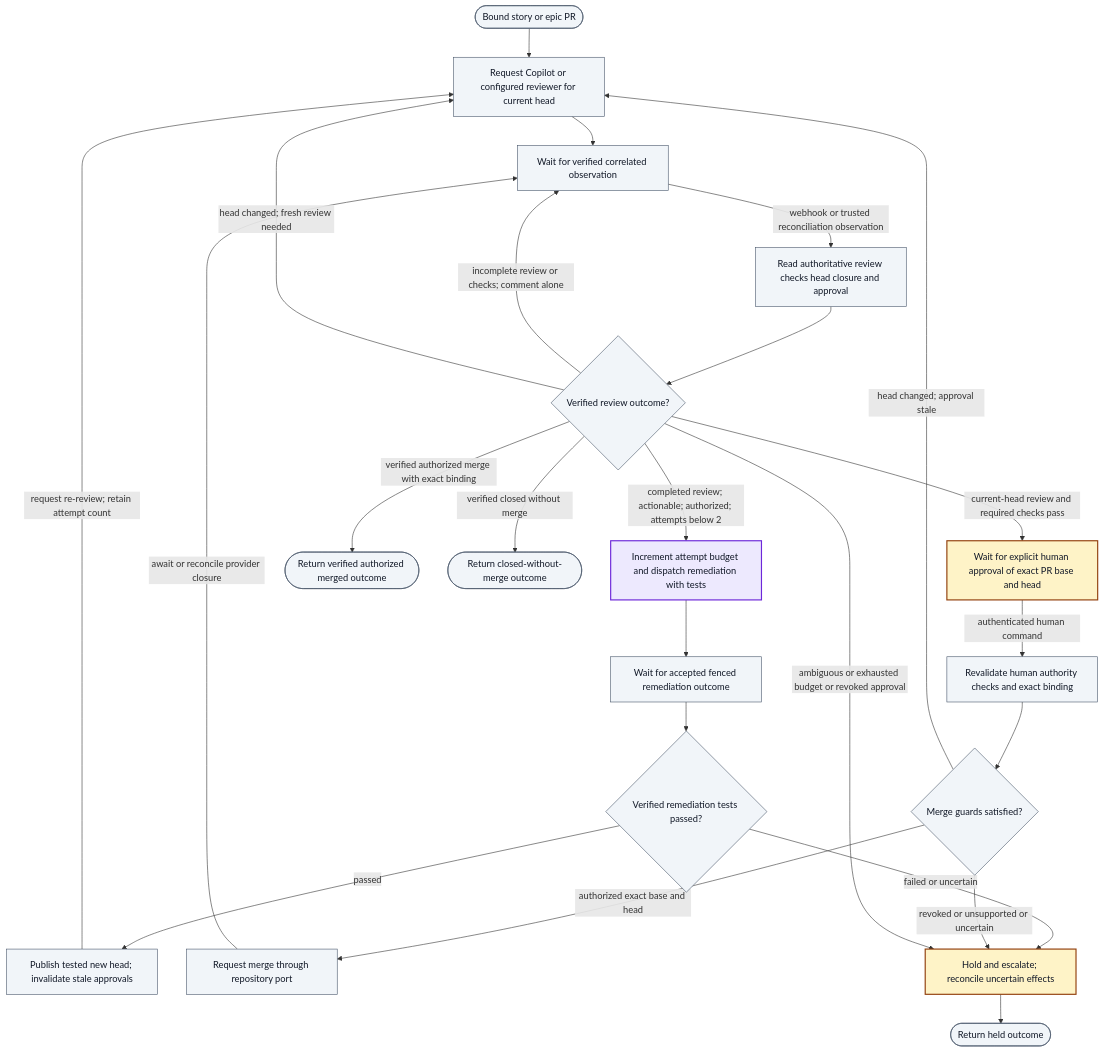
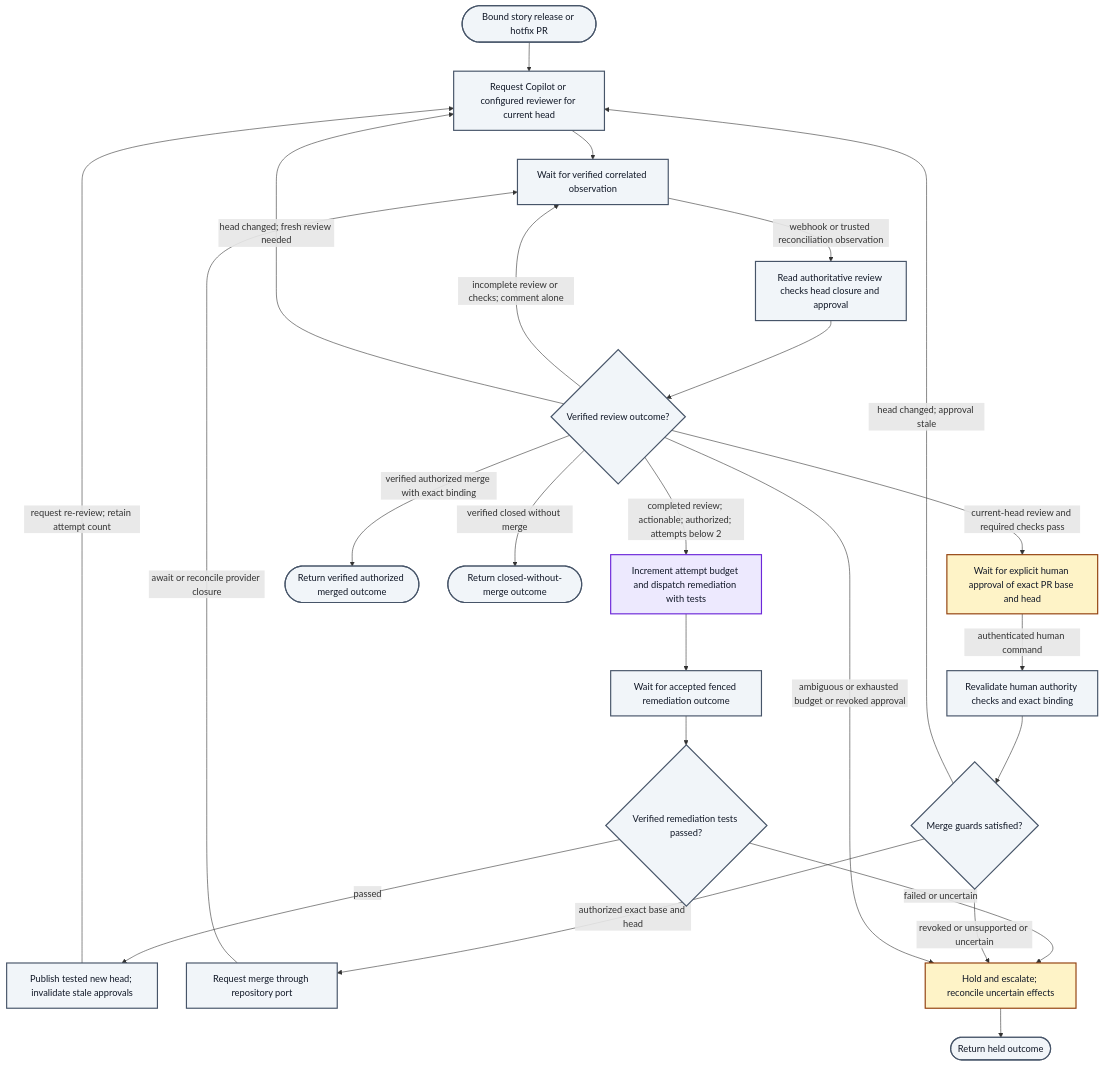
The third of 4 diagrams in docs/architecture/workflow-reference.md (skizzay/forgeflow), drawn with Mermaid before and after one commit. The commit also changed other lines of this file and 7 other files, not shown here.

````diff
--- a/docs/architecture/workflow-reference.md
+++ b/docs/architecture/workflow-reference.md
@@ -145,49 +160,49 @@
 ```mermaid
 flowchart TD
-    reviewStart(["Bound story or epic PR"])
+    reviewStart(["Bound story release or hotfix PR"])
     requestReview["Request Copilot or configured reviewer for current head"]
     awaitReviewEvent["Wait for verified correlated observation"]
     inspectReview["Read authoritative review checks head closure and approval"]
     reviewDecision{"Verified review outcome?"}
     dispatchRemediation["Increment attempt budget and dispatch remediation with tests"]
     awaitRemediation["Wait for accepted fenced remediation outcome"]
     remediationResult{"Verified remediation tests passed?"}
     publishRemediation["Publish tested new head; invalidate stale approvals"]
     awaitMergeApproval["Wait for explicit human approval of exact PR base and head"]
     revalidateMerge["Revalidate human authority checks and exact binding"]
     mergeGuards{"Merge guards satisfied?"}
     requestMerge["Request merge through repository port"]
     reviewMerged(["Return verified authorized merged outcome"])
     reviewClosed(["Return closed-without-merge outcome"])
     reviewHold["Hold and escalate; reconcile uncertain effects"]
     reviewHeld(["Return held outcome"])
     reviewStart --> requestReview
     requestReview --> awaitReviewEvent
     awaitReviewEvent -->|"webhook or trusted reconciliation observation"| inspectReview
     inspectReview --> reviewDecision
     reviewDecision -->|"incomplete review or checks; comment alone"| awaitReviewEvent
     reviewDecision -->|"head changed; fresh review needed"| requestReview
     reviewDecision -->|"completed review; actionable; authorized; attempts below 2"| dispatchRemediation
     dispatchRemediation --> awaitRemediation
     awaitRemediation --> remediationResult
     remediationResult -->|"passed"| publishRemediation
     remediationResult -->|"failed or uncertain"| reviewHold
     publishRemediation -->|"request re-review; retain attempt count"| requestReview
     reviewDecision -->|"current-head review and required checks pass"| awaitMergeApproval
     awaitMergeApproval -->|"authenticated human command"| revalidateMerge
     revalidateMerge --> mergeGuards
     mergeGuards -->|"authorized exact base and head"| requestMerge
     mergeGuards -->|"head changed; approval stale"| requestReview
     mergeGuards -->|"revoked or unsupported or uncertain"| reviewHold
     requestMerge -->|"await or reconcile provider closure"| awaitReviewEvent
     reviewDecision -->|"verified authorized merge with exact binding"| reviewMerged
     reviewDecision -->|"verified closed without merge"| reviewClosed
     reviewDecision -->|"ambiguous or exhausted budget or revoked approval"| reviewHold
     reviewHold --> reviewHeld
     classDef agent fill:#ede9fe,stroke:#6d28d9,color:#111827,stroke-width:2px;
     classDef human fill:#fef3c7,stroke:#92400e,color:#111827,stroke-width:2px;
-    classDef automated fill:#f1f5f9,stroke:#475569,color:#111827;
+    classDef automated fill:#f1f5f9,stroke:#475569,color:#111827,stroke-width:2px;
     class dispatchRemediation agent;
     class awaitMergeApproval,reviewHold human;
     class awaitRemediation,awaitReviewEvent,inspectReview,mergeGuards,publishRemediation,remediationResult,requestMerge,requestReview,revalidateMerge,reviewClosed,reviewDecision,reviewHeld,reviewMerged,reviewStart automated;
 ```
````
